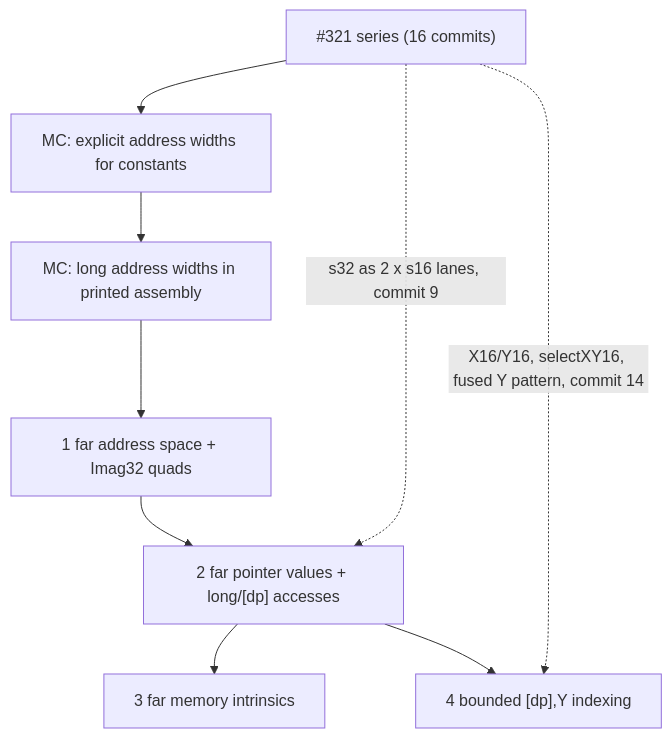
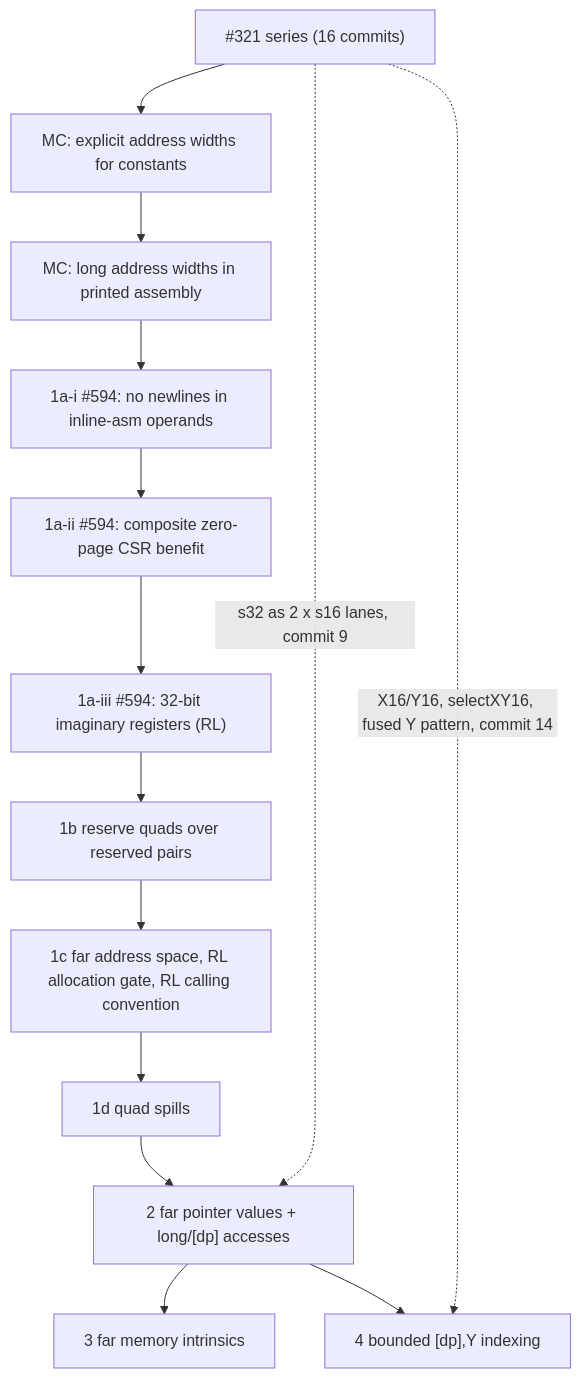
Before and after one commit to wbniv/llvm-mos-65816: the diagram in docs/pr-preparations/2026-09-30/split-320-321/REVIEWER-MAP-320.md, drawn with Mermaid. The commit also changed other lines of this file and 163 other files, not shown here.

````diff
--- a/docs/pr-preparations/2026-09-30/split-320-321/REVIEWER-MAP-320.md
+++ b/docs/pr-preparations/2026-09-30/split-320-321/REVIEWER-MAP-320.md
@@ -11,11 +22,16 @@
 ```mermaid
 flowchart TD
   N["#321 series (16 commits)"] --> M1["MC: explicit address widths for constants"]
   M1 --> M2["MC: long address widths in printed assembly"]
-  M2 --> F1["1 far address space + Imag32 quads"]
-  F1 --> F2["2 far pointer values + long/[dp] accesses"]
+  M2 --> A1["1a-i #594: no newlines in inline-asm operands"]
+  A1 --> A2["1a-ii #594: composite zero-page CSR benefit"]
+  A2 --> A3["1a-iii #594: 32-bit imaginary registers (RL)"]
+  A3 --> B["1b reserve quads over reserved pairs"]
+  B --> C["1c far address space, RL allocation gate, RL calling convention"]
+  C --> D["1d quad spills"]
+  D --> F2["2 far pointer values + long/[dp] accesses"]
   N -.->|s32 as 2 x s16 lanes, commit 9| F2
   F2 --> F3["3 far memory intrinsics"]
   F2 --> F4["4 bounded [dp],Y indexing"]
   N -.->|X16/Y16, selectXY16, fused Y pattern, commit 14| F4
 ```
````
